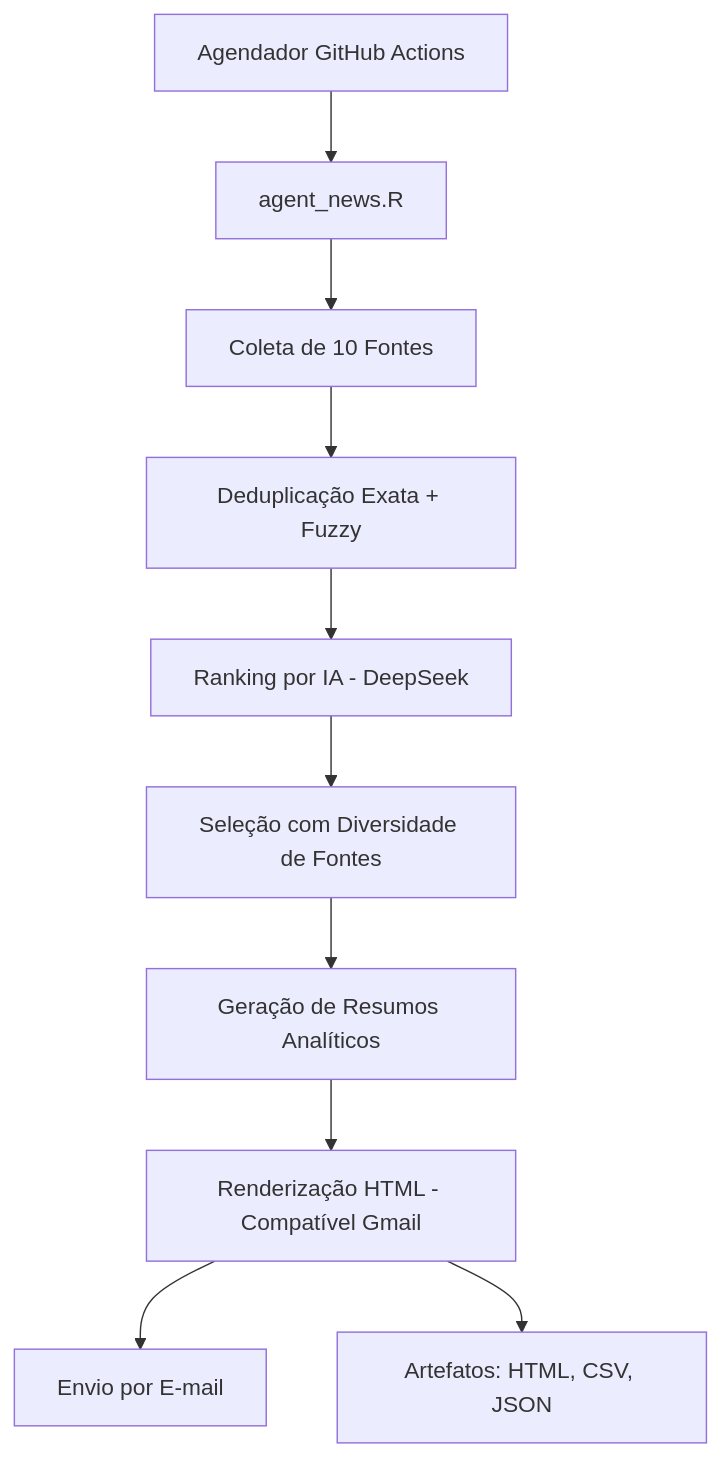
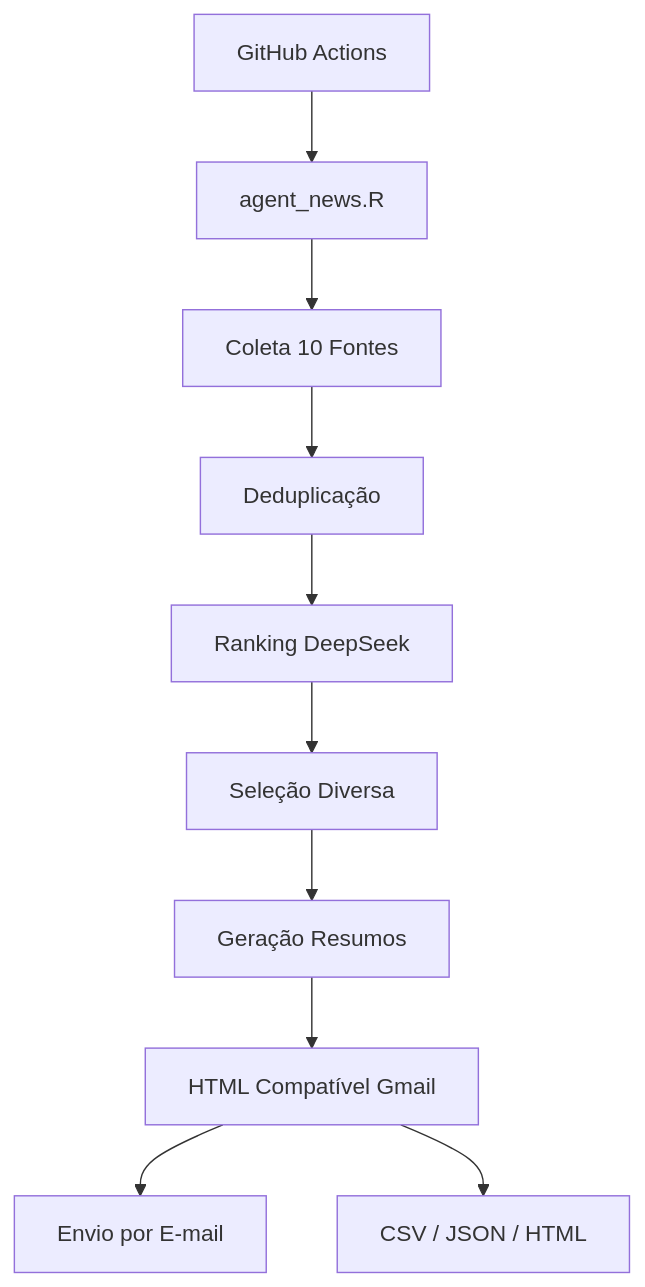
The diagram in README.md (santosry/agent-news), drawn with Mermaid before and after one commit. The commit also changed 5 other files, not shown here.

Commit message:
perf: coleta paralela (furrr), cache de artigos, batch 40 DeepSeek, status no e-mail

````diff
--- a/README.md
+++ b/README.md
@@ -9,12 +9,12 @@
 ```mermaid
 graph TD
-  A[Agendador GitHub Actions] --> B[agent_news.R]
-  B --> C[Coleta de 10 Fontes]
-  C --> D[Deduplicação Exata + Fuzzy]
-  D --> E[Ranking por IA - DeepSeek]
-  E --> F[Seleção com Diversidade de Fontes]
-  F --> G[Geração de Resumos Analíticos]
-  G --> H[Renderização HTML - Compatível Gmail]
+  A[GitHub Actions] --> B[agent_news.R]
+  B --> C[Coleta 10 Fontes]
+  C --> D[Deduplicação]
+  D --> E[Ranking DeepSeek]
+  E --> F[Seleção Diversa]
+  F --> G[Geração Resumos]
+  G --> H[HTML Compatível Gmail]
   H --> I[Envio por E-mail]
-  H --> J[Artefatos: HTML, CSV, JSON]
+  H --> J[CSV / JSON / HTML]
 ```
````
